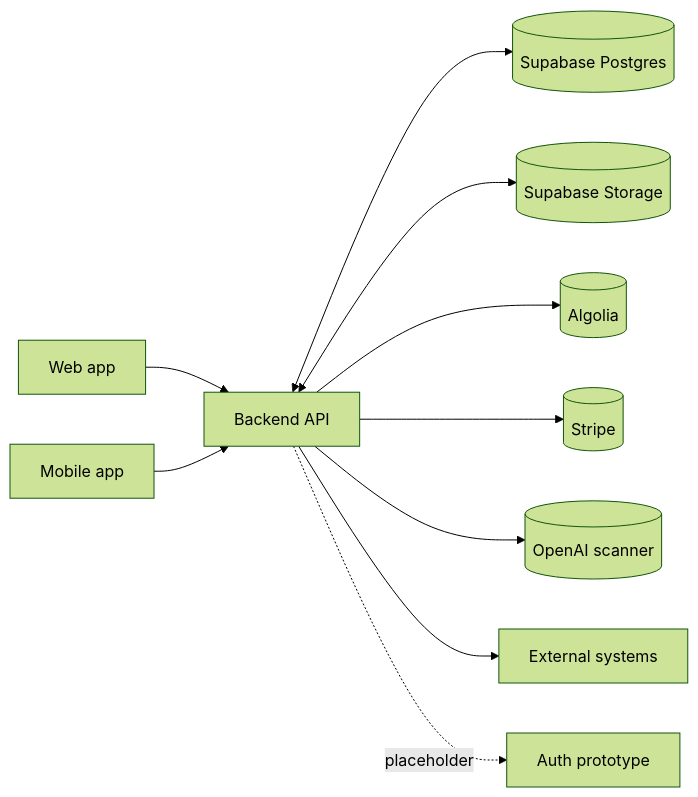
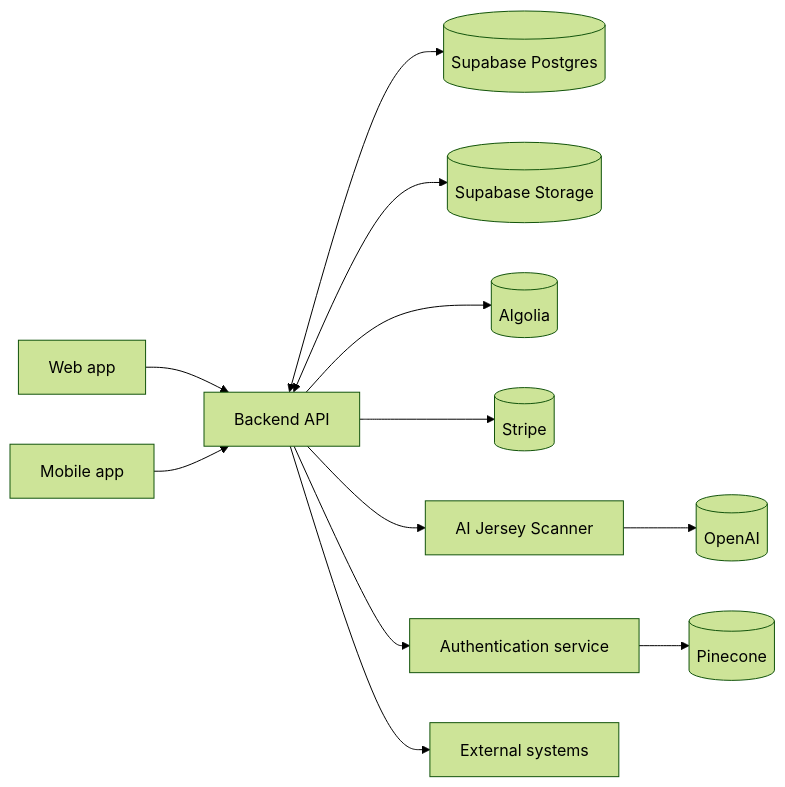
One commit to reboundjerseys/rebound-docs changed the diagram in high-level-architecture.mdx. Above: the diagram before and after it, drawn with Mermaid (forest theme). The commit also changed other lines of this file and 57 other files, not shown here.

````diff
--- a/high-level-architecture.mdx
+++ b/high-level-architecture.mdx
@@ -8,23 +8,27 @@
 ```mermaid
 flowchart LR
   Web[Web app]
   Mobile[Mobile app]
   Backend[Backend API]
   DB[(Supabase Postgres)]
   Storage[(Supabase Storage)]
   Search[(Algolia)]
   Payments[(Stripe)]
-  AI[(OpenAI scanner)]
+  Scanner[AI Jersey Scanner]
+  Auth[Authentication service]
+  OpenAI[(OpenAI)]
+  Pinecone[(Pinecone)]
   External[External systems]
-  Auth[Auth prototype]
 
   Web --> Backend
   Mobile --> Backend
   Backend <--> DB
   Backend <--> Storage
   Backend --> Search
   Backend --> Payments
-  Backend --> AI
+  Backend --> Scanner
+  Backend --> Auth
   Backend --> External
-  Backend -. placeholder .-> Auth
+  Scanner --> OpenAI
+  Auth --> Pinecone
 ```
````
